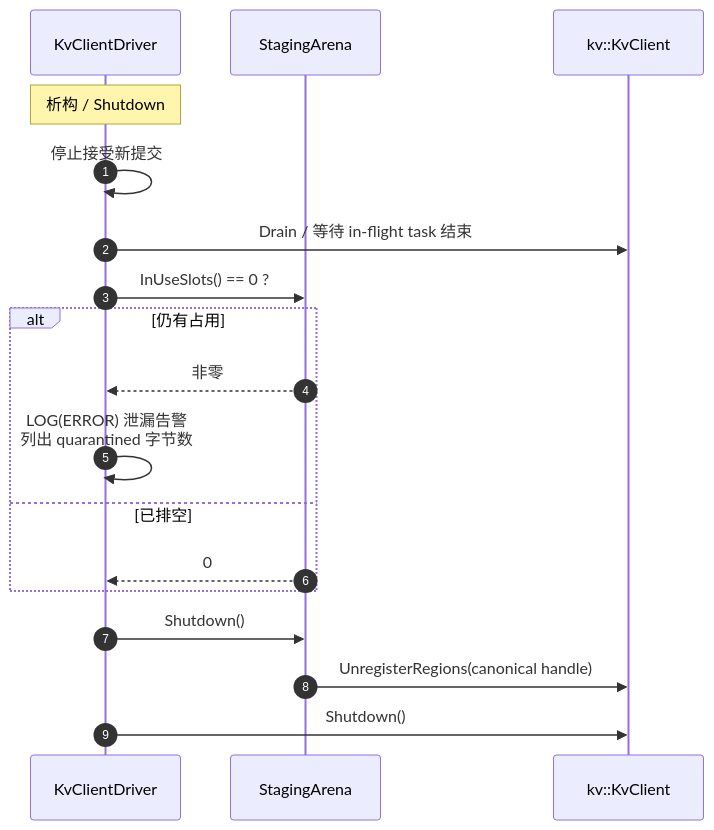
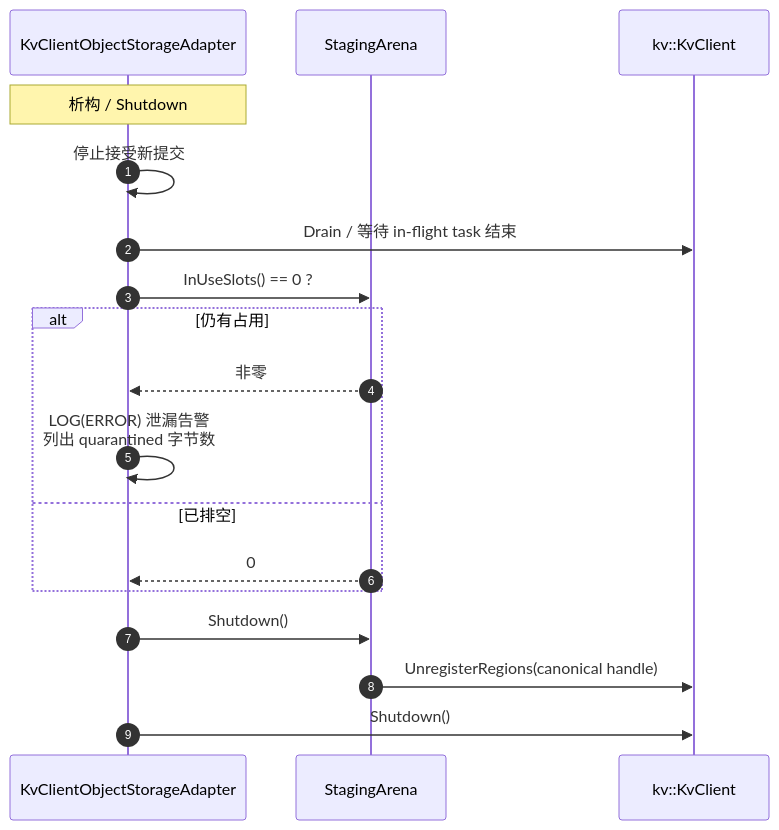
One commit to zwj20000328-dotcom/Mooncake-documents changed diagram 13 of 13 in Mooncake + KVClient L3 接入（Kvcs）- v3.md. Above: the diagram before and after it, drawn with Mermaid. The commit also changed other lines of this file, not shown here.

````diff
--- a/Mooncake + KVClient L3 接入（Kvcs）- v3.md
+++ b/Mooncake + KVClient L3 接入（Kvcs）- v3.md
@@ -891,21 +845,21 @@
 ```mermaid
 sequenceDiagram
     autonumber
-    participant DR as KvClientDriver
+    participant AD as KvClientObjectStorageAdapter
     participant AR as StagingArena
     participant SDK as kv::KvClient
 
-    Note over DR: 析构 / Shutdown
-    DR->>DR: 停止接受新提交
-    DR->>SDK: Drain / 等待 in-flight task 结束
-    DR->>AR: InUseSlots() == 0 ?
+    Note over AD: 析构 / Shutdown
+    AD->>AD: 停止接受新提交
+    AD->>SDK: Drain / 等待 in-flight task 结束
+    AD->>AR: InUseSlots() == 0 ?
     alt 仍有占用
-        AR-->>DR: 非零
-        DR->>DR: LOG(ERROR) 泄漏告警<br/>列出 quarantined 字节数
+        AR-->>AD: 非零
+        AD->>AD: LOG(ERROR) 泄漏告警<br/>列出 quarantined 字节数
     else 已排空
-        AR-->>DR: 0
+        AR-->>AD: 0
     end
-    DR->>AR: Shutdown()
+    AD->>AR: Shutdown()
     AR->>SDK: UnregisterRegions(canonical handle)
-    DR->>SDK: Shutdown()
+    AD->>SDK: Shutdown()
 ```
````
